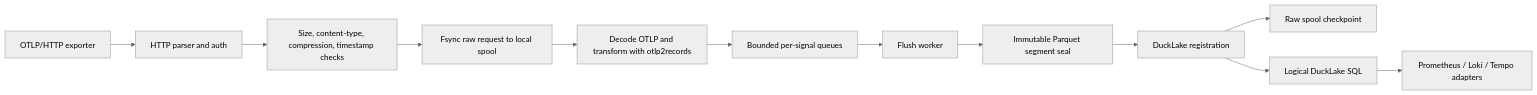
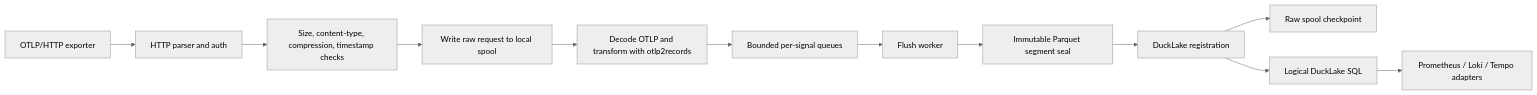
Before and after one commit to smithclay/canardstack: the diagram in docs/architecture/v0-architecture.md, drawn with Mermaid (neutral theme). The commit also changed other lines of this file and 12 other files, not shown here.

Commit message:
feat(ingest): sync raw spool appends periodically

````diff
--- a/docs/architecture/v0-architecture.md
+++ b/docs/architecture/v0-architecture.md
@@ -40,14 +40,14 @@
 ```mermaid
 flowchart LR
   A["OTLP/HTTP exporter"] --> B["HTTP parser and auth"]
   B --> C["Size, content-type, compression, timestamp checks"]
-  C --> D["Fsync raw request to local spool"]
+  C --> D["Write raw request to local spool"]
   D --> E["Decode OTLP and transform with otlp2records"]
   E --> F["Bounded per-signal queues"]
   F --> G["Flush worker"]
   G --> H["Immutable Parquet segment seal"]
   H --> I["DuckLake registration"]
   I --> J["Raw spool checkpoint"]
   I --> K["Logical DuckLake SQL"]
   K --> L["Prometheus / Loki / Tempo adapters"]
 ```
````
